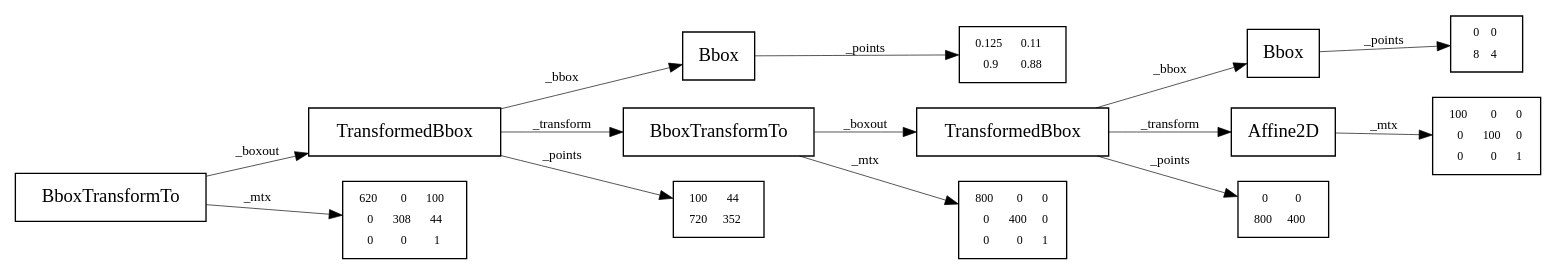
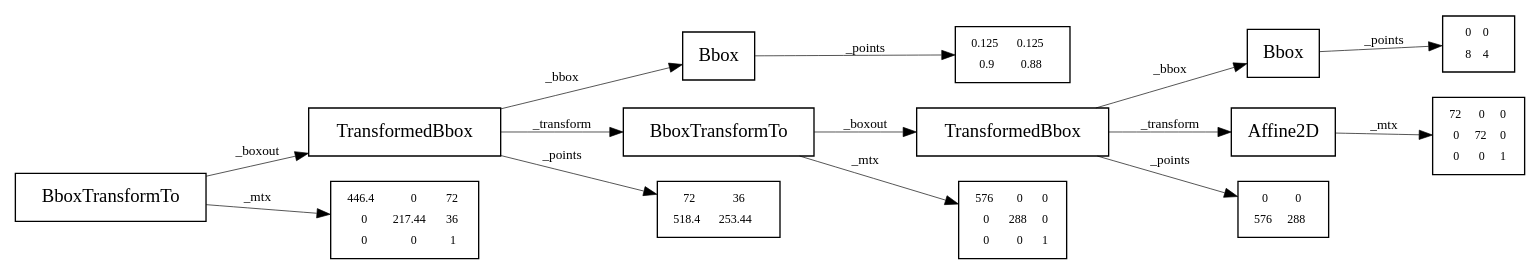
One commit to id0ma1no/ug-python changed the diagram in py-scientific-computing/04-matplotlib/data/transAxes.dot. Above: the diagram before and after it, drawn with Graphviz. The commit also changed 6 other files, not shown here.

```diff
--- a/py-scientific-computing/04-matplotlib/data/transAxes.dot
+++ b/py-scientific-computing/04-matplotlib/data/transAxes.dot
@@ -1,32 +1,32 @@
 digraph structs {
 rankdir="LR";        
 node [shape=record,style=filled];
 edge [fontsize=10, penwidth=0.5];
-obj_3210794188136[label="BboxTransformTo",fillcolor=white];
-obj_3210794187968[label="TransformedBbox",fillcolor=white];
-obj_3210794187744[label="Bbox",fillcolor=white];
-obj_3210794183136[label=<<table border="0"><tr><td>0.125</td><td>0.11</td></tr><tr><td>0.9</td><td>0.88</td></tr></table>>,fillcolor=white, fontsize=9];
-obj_3210794187744 -> obj_3210794183136[label="_points",style=solid];
-obj_3210794187968 -> obj_3210794187744[label="_bbox",style=solid];
-obj_3210794186176[label="BboxTransformTo",fillcolor=white];
-obj_3210794186120[label="TransformedBbox",fillcolor=white];
-obj_3210794186008[label="Bbox",fillcolor=white];
-obj_3210793201216[label=<<table border="0"><tr><td>0</td><td>0</td></tr><tr><td>8</td><td>4</td></tr></table>>,fillcolor=white, fontsize=9];
-obj_3210794186008 -> obj_3210793201216[label="_points",style=solid];
-obj_3210794186120 -> obj_3210794186008[label="_bbox",style=solid];
-obj_3210794186064[label="Affine2D",fillcolor=white];
-obj_3210812216064[label=<<table border="0"><tr><td>100</td><td>0</td><td>0</td></tr><tr><td>0</td><td>100</td><td>0</td></tr><tr><td>0</td><td>0</td><td>1</td></tr></table>>,fillcolor=white, fontsize=9];
-obj_3210794186064 -> obj_3210812216064[label="_mtx",style=solid];
-obj_3210794186120 -> obj_3210794186064[label="_transform",style=solid];
-obj_3210812024272[label=<<table border="0"><tr><td>0</td><td>0</td></tr><tr><td>800</td><td>400</td></tr></table>>,fillcolor=white, fontsize=9];
-obj_3210794186120 -> obj_3210812024272[label="_points",style=solid];
-obj_3210794186176 -> obj_3210794186120[label="_boxout",style=solid];
-obj_3210812026592[label=<<table border="0"><tr><td>800</td><td>0</td><td>0</td></tr><tr><td>0</td><td>400</td><td>0</td></tr><tr><td>0</td><td>0</td><td>1</td></tr></table>>,fillcolor=white, fontsize=9];
-obj_3210794186176 -> obj_3210812026592[label="_mtx",style=solid];
-obj_3210794187968 -> obj_3210794186176[label="_transform",style=solid];
-obj_3210812026752[label=<<table border="0"><tr><td>100</td><td>44</td></tr><tr><td>720</td><td>352</td></tr></table>>,fillcolor=white, fontsize=9];
-obj_3210794187968 -> obj_3210812026752[label="_points",style=solid];
-obj_3210794188136 -> obj_3210794187968[label="_boxout",style=solid];
-obj_3210812026512[label=<<table border="0"><tr><td>620</td><td>0</td><td>100</td></tr><tr><td>0</td><td>308</td><td>44</td></tr><tr><td>0</td><td>0</td><td>1</td></tr></table>>,fillcolor=white, fontsize=9];
-obj_3210794188136 -> obj_3210812026512[label="_mtx",style=solid];
+obj_1488601630872[label="BboxTransformTo",fillcolor=white];
+obj_1488602904056[label="TransformedBbox",fillcolor=white];
+obj_1488604850384[label="Bbox",fillcolor=white];
+obj_1488606880992[label=<<table border="0"><tr><td>0.125</td><td>0.125</td></tr><tr><td>0.9</td><td>0.88</td></tr></table>>,fillcolor=white, fontsize=9];
+obj_1488604850384 -> obj_1488606880992[label="_points",style=solid];
+obj_1488602904056 -> obj_1488604850384[label="_bbox",style=solid];
+obj_1488606420216[label="BboxTransformTo",fillcolor=white];
+obj_1488606418144[label="TransformedBbox",fillcolor=white];
+obj_1488606419936[label="Bbox",fillcolor=white];
+obj_1488579163200[label=<<table border="0"><tr><td>0</td><td>0</td></tr><tr><td>8</td><td>4</td></tr></table>>,fillcolor=white, fontsize=9];
+obj_1488606419936 -> obj_1488579163200[label="_points",style=solid];
+obj_1488606418144 -> obj_1488606419936[label="_bbox",style=solid];
+obj_1488606417248[label="Affine2D",fillcolor=white];
+obj_1488604750752[label=<<table border="0"><tr><td>72</td><td>0</td><td>0</td></tr><tr><td>0</td><td>72</td><td>0</td></tr><tr><td>0</td><td>0</td><td>1</td></tr></table>>,fillcolor=white, fontsize=9];
+obj_1488606417248 -> obj_1488604750752[label="_mtx",style=solid];
+obj_1488606418144 -> obj_1488606417248[label="_transform",style=solid];
+obj_1488603470464[label=<<table border="0"><tr><td>0</td><td>0</td></tr><tr><td>576</td><td>288</td></tr></table>>,fillcolor=white, fontsize=9];
+obj_1488606418144 -> obj_1488603470464[label="_points",style=solid];
+obj_1488606420216 -> obj_1488606418144[label="_boxout",style=solid];
+obj_1488603468304[label=<<table border="0"><tr><td>576</td><td>0</td><td>0</td></tr><tr><td>0</td><td>288</td><td>0</td></tr><tr><td>0</td><td>0</td><td>1</td></tr></table>>,fillcolor=white, fontsize=9];
+obj_1488606420216 -> obj_1488603468304[label="_mtx",style=solid];
+obj_1488602904056 -> obj_1488606420216[label="_transform",style=solid];
+obj_1488600629296[label=<<table border="0"><tr><td>72</td><td>36</td></tr><tr><td>518.4</td><td>253.44</td></tr></table>>,fillcolor=white, fontsize=9];
+obj_1488602904056 -> obj_1488600629296[label="_points",style=solid];
+obj_1488601630872 -> obj_1488602904056[label="_boxout",style=solid];
+obj_1488599542880[label=<<table border="0"><tr><td>446.4</td><td>0</td><td>72</td></tr><tr><td>0</td><td>217.44</td><td>36</td></tr><tr><td>0</td><td>0</td><td>1</td></tr></table>>,fillcolor=white, fontsize=9];
+obj_1488601630872 -> obj_1488599542880[label="_mtx",style=solid];
 }
```
